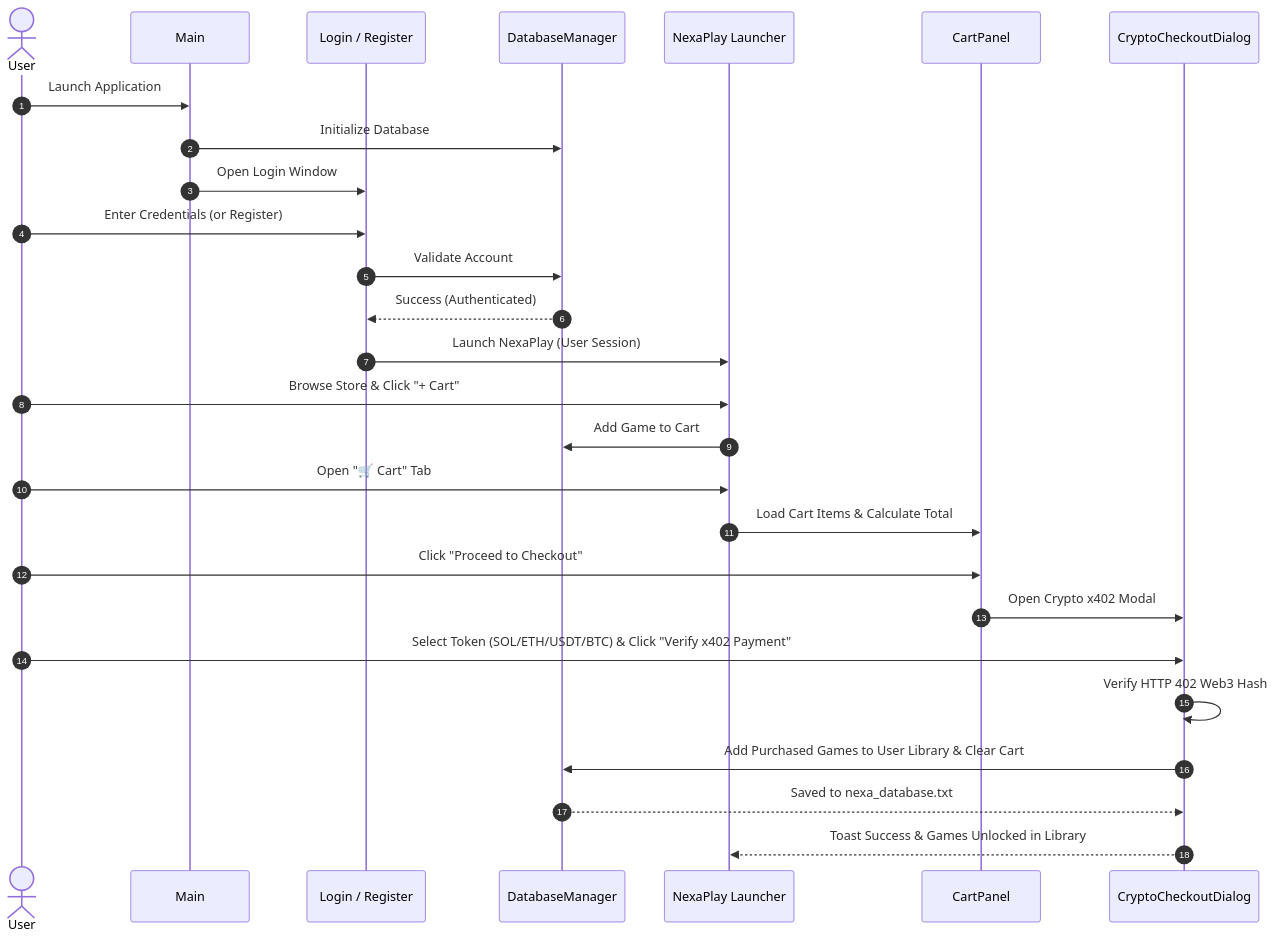
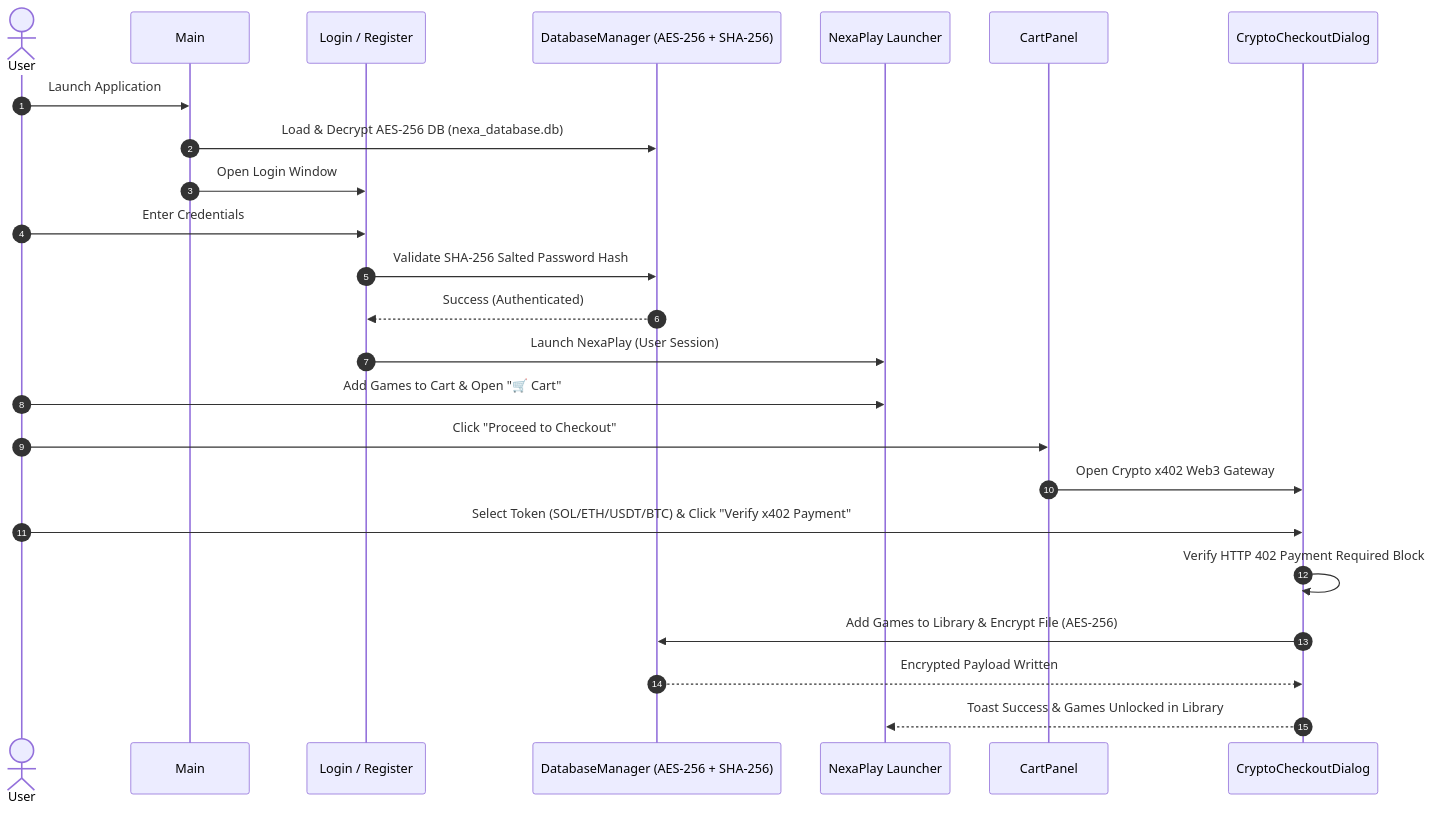
Before and after one commit to Bassel1000/Ankhvault: the second of 2 diagrams in README.md, drawn with Mermaid. The commit also changed other lines of this file and 2 other files, not shown here.

Commit message:
security: upgrade DatabaseManager to AES-256 binary file encryption and SHA-256 salted password hashing

````diff
--- a/README.md
+++ b/README.md
@@ -158,30 +165,27 @@
 ```mermaid
 sequenceDiagram
     autonumber
     actor User
     participant Main
     participant Auth as Login / Register
-    participant DB as DatabaseManager
+    participant DB as DatabaseManager (AES-256 + SHA-256)
     participant App as NexaPlay Launcher
     participant Cart as CartPanel
     participant x402 as CryptoCheckoutDialog
 
     User->>Main: Launch Application
-    Main->>DB: Initialize Database
+    Main->>DB: Load & Decrypt AES-256 DB (nexa_database.db)
     Main->>Auth: Open Login Window
-    User->>Auth: Enter Credentials (or Register)
-    Auth->>DB: Validate Account
+    User->>Auth: Enter Credentials
+    Auth->>DB: Validate SHA-256 Salted Password Hash
     DB-->>Auth: Success (Authenticated)
     Auth->>App: Launch NexaPlay (User Session)
-    User->>App: Browse Store & Click "+ Cart"
-    App->>DB: Add Game to Cart
-    User->>App: Open "🛒 Cart" Tab
-    App->>Cart: Load Cart Items & Calculate Total
+    User->>App: Add Games to Cart & Open "🛒 Cart"
     User->>Cart: Click "Proceed to Checkout"
-    Cart->>x402: Open Crypto x402 Modal
+    Cart->>x402: Open Crypto x402 Web3 Gateway
     User->>x402: Select Token (SOL/ETH/USDT/BTC) & Click "Verify x402 Payment"
-    x402->>x402: Verify HTTP 402 Web3 Hash
-    x402->>DB: Add Purchased Games to User Library & Clear Cart
-    DB-->>x402: Saved to nexa_database.txt
+    x402->>x402: Verify HTTP 402 Payment Required Block
+    x402->>DB: Add Games to Library & Encrypt File (AES-256)
+    DB-->>x402: Encrypted Payload Written
     x402-->>App: Toast Success & Games Unlocked in Library
 ```
````
